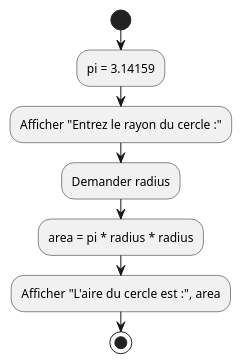
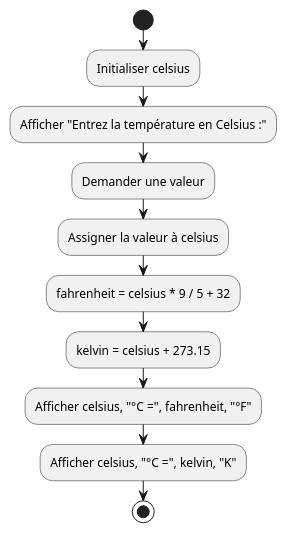
One commit to HEIG-VD-Prog-Course/HEIG-VD-ProgIM-Course changed the fifth of 10 diagrams in 02.01-sequence-selection-iteration/02-exercices/README.md. Above: the diagram before and after it, drawn with PlantUML. The commit also changed other lines of this file, not shown here.

````diff
--- a/02.01-sequence-selection-iteration/02-exercices/README.md
+++ b/02.01-sequence-selection-iteration/02-exercices/README.md
@@ -545,11 +551,14 @@
 ```plantuml
 @startuml
 start
-:pi = 3.14159;
-:Afficher "Entrez le rayon du cercle :";
-:Demander radius;
-:area = pi * radius * radius;
-:Afficher "L'aire du cercle est :", area;
+:Initialiser celsius;
+:Afficher "Entrez la température en Celsius :";
+:Demander une valeur;
+:Assigner la valeur à celsius;
+:fahrenheit = celsius * 9 / 5 + 32;
+:kelvin = celsius + 273.15;
+:Afficher celsius, "°C =", fahrenheit, "°F";
+:Afficher celsius, "°C =", kelvin, "K";
 stop
 @enduml
 ```
````
